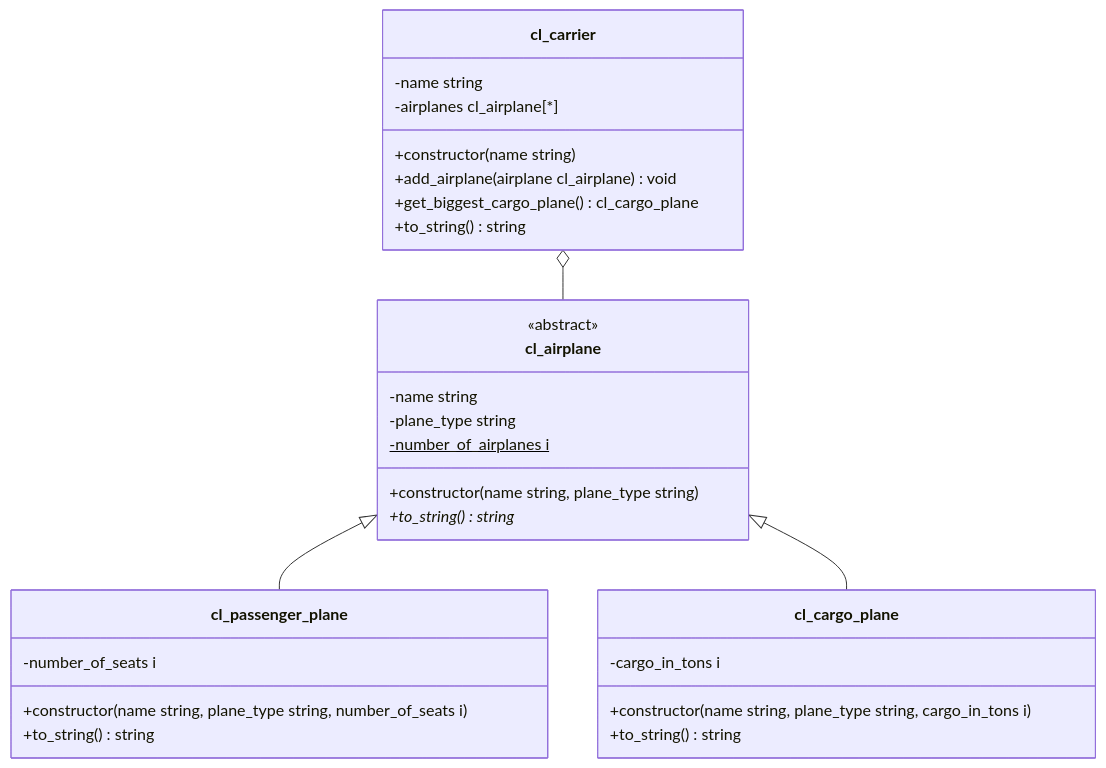
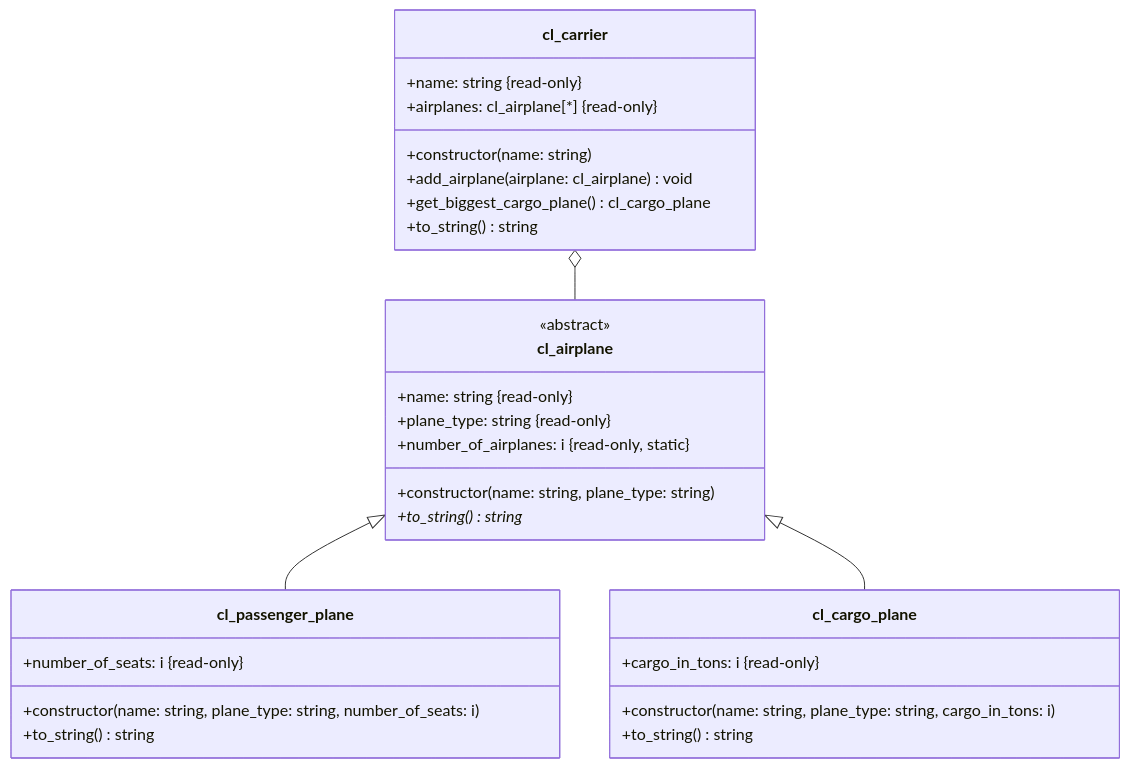
One commit to appenmaier/s4hana changed the diagram in docs/exercises/abap-objects/abap-objects-08.md. Above: the diagram before and after it, drawn with Mermaid. The commit also changed 7 other files, not shown here.

Commit message:
update class-diagrams

````diff
--- a/docs/exercises/abap-objects/abap-objects-08.md
+++ b/docs/exercises/abap-objects/abap-objects-08.md
@@ -10,36 +10,36 @@
 ```mermaid
 classDiagram
     cl_carrier o-- cl_airplane
     cl_airplane <|-- cl_passenger_plane
     cl_airplane <|-- cl_cargo_plane
 
     class cl_airplane {
       <<abstract>>
-      -name string
-      -plane_type string
-      -number_of_airplanes i$
-      +constructor(name string, plane_type string)
+      +name: string &#123read-only&#125
+      +plane_type: string &#123read-only&#125
+      +number_of_airplanes: i &#123read-only, static&#125
+      +constructor(name: string, plane_type: string)
       +to_string()* string
     }
 
     class cl_passenger_plane {
-      -number_of_seats i
-      +constructor(name string, plane_type string, number_of_seats i)
+      +number_of_seats: i &#123read-only&#125
+      +constructor(name: string, plane_type: string, number_of_seats: i)
       +to_string() string
     }
 
     class cl_cargo_plane {
-      -cargo_in_tons i
-      +constructor(name string, plane_type string, cargo_in_tons i)
+      +cargo_in_tons: i &#123read-only&#125
+      +constructor(name: string, plane_type: string, cargo_in_tons: i)
       +to_string() string
     }
 
     class cl_carrier {
-      -name string
-      -airplanes cl_airplane[*]
-      +constructor(name string)
-      +add_airplane(airplane cl_airplane) void
+      +name: string &#123read-only&#125
+      +airplanes: cl_airplane[*] &#123read-only&#125
+      +constructor(name: string)
+      +add_airplane(airplane: cl_airplane) void
       +get_biggest_cargo_plane() cl_cargo_plane
       +to_string() string
     }
 ```
````
